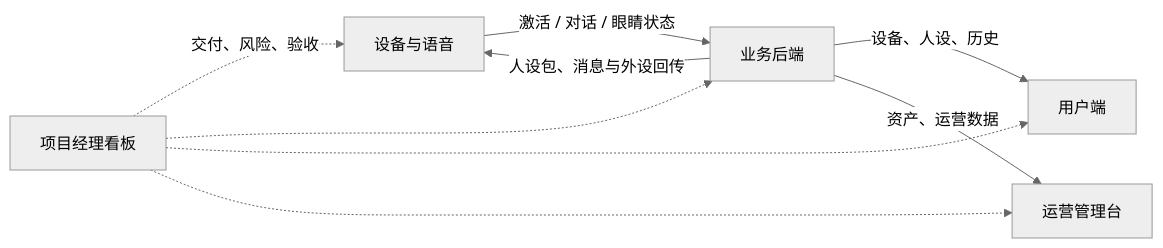
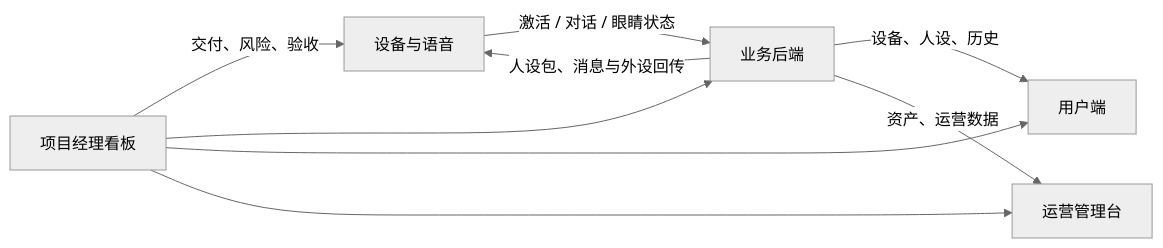
The first of 3 diagrams in AI-Pet项目全景与进度.md (ckmx-zkp/work_dashboard), drawn with Mermaid (neutral theme) before and after one commit. The commit also changed other lines of this file, not shown here.

Commit message:
fix: 修正 Mermaid 图语法

````diff
--- a/AI-Pet项目全景与进度.md
+++ b/AI-Pet项目全景与进度.md
@@ -25,11 +25,11 @@
 ```mermaid
 flowchart LR
-    A[设备与语音] -->|激活 / 对话 / 眼睛状态| B[业务后端]
-    B -->|设备、人设、历史| C[用户端]
-    B -->|资产、运营数据| D[运营管理台]
-    B -->|人设包、消息与外设回传| A
-    E[项目经理看板] -.交付、风险、验收.-> A
-    E -.-> B
-    E -.-> C
-    E -.-> D
+    A["设备与语音"] -->|"激活 / 对话 / 眼睛状态"| B["业务后端"]
+    B -->|"设备、人设、历史"| C["用户端"]
+    B -->|"资产、运营数据"| D["运营管理台"]
+    B -->|"人设包、消息与外设回传"| A
+    E["项目经理看板"] -->|"交付、风险、验收"| A
+    E --> B
+    E --> C
+    E --> D
 ```
````
